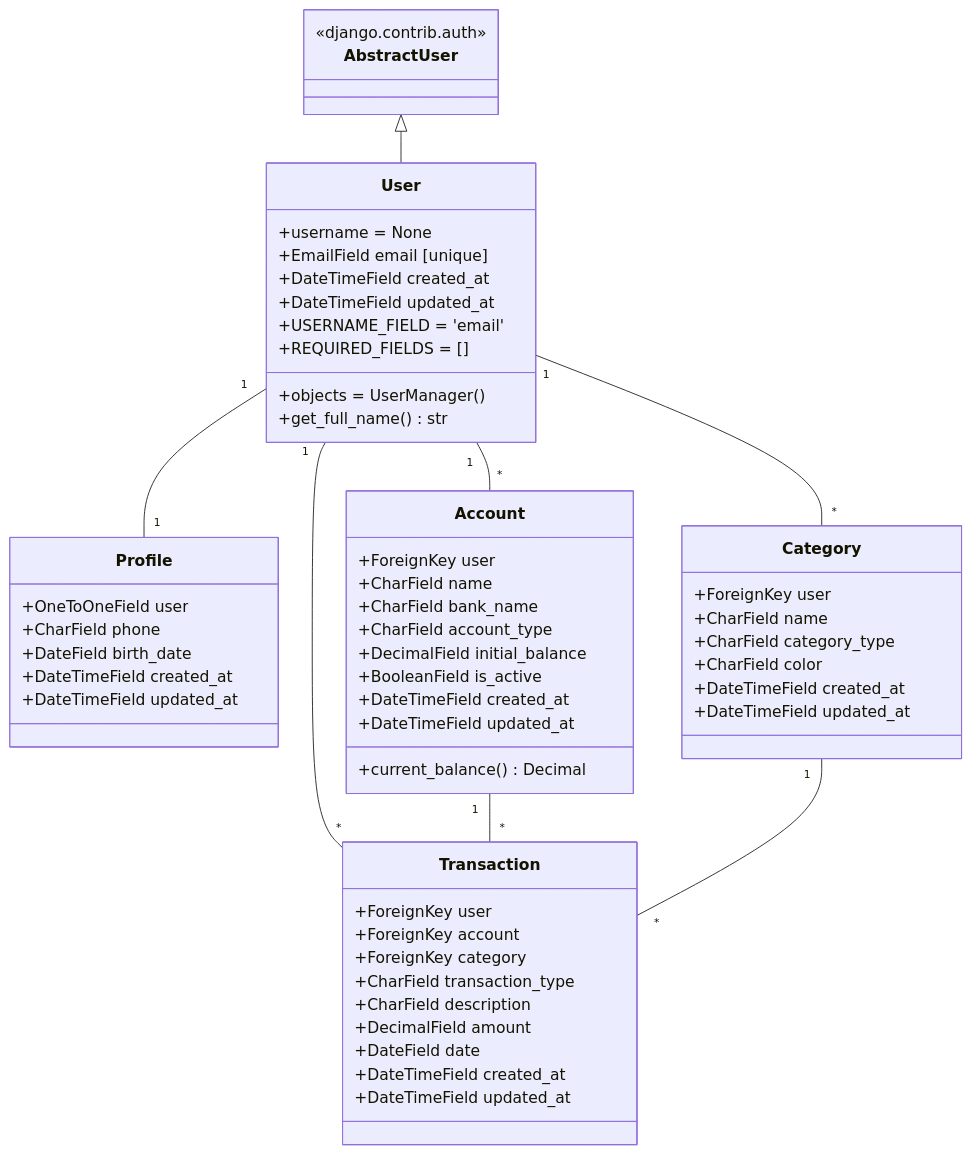
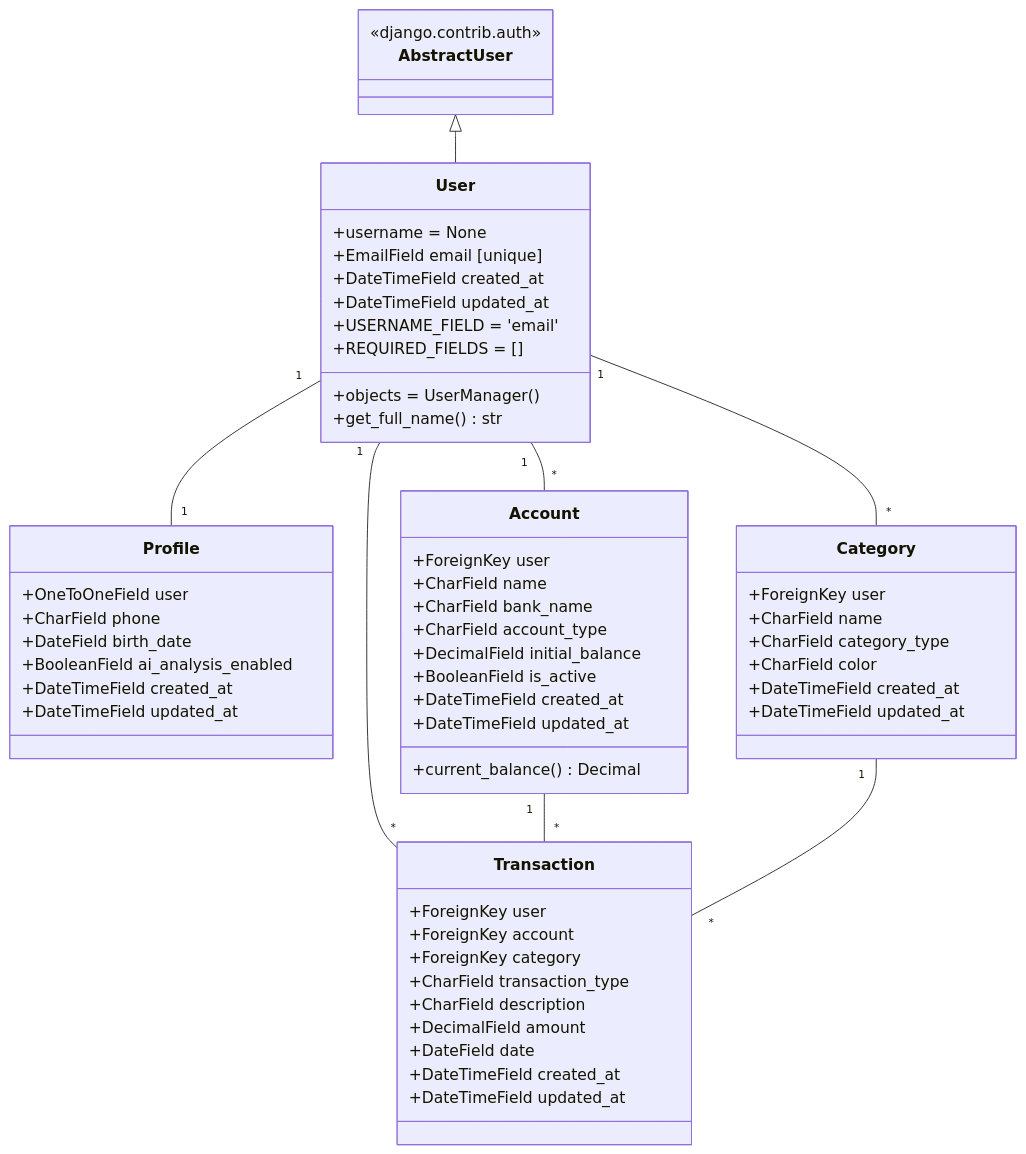
The fourth of 7 diagrams in PRD.md (rubenmelo-dotcom/finanpy), drawn with Mermaid before and after one commit. The commit also changed other lines of this file and 23 other files, not shown here.

````diff
--- a/PRD.md
+++ b/PRD.md
@@ -519,60 +533,61 @@
 ```mermaid
 classDiagram
     class AbstractUser {
         <<django.contrib.auth>>
     }
     class User {
         +username = None
         +EmailField email [unique]
         +DateTimeField created_at
         +DateTimeField updated_at
         +USERNAME_FIELD = 'email'
         +REQUIRED_FIELDS = []
         +objects = UserManager()
         +get_full_name() str
     }
     class Profile {
         +OneToOneField user
         +CharField phone
         +DateField birth_date
+        +BooleanField ai_analysis_enabled
         +DateTimeField created_at
         +DateTimeField updated_at
     }
     class Account {
         +ForeignKey user
         +CharField name
         +CharField bank_name
         +CharField account_type
         +DecimalField initial_balance
         +BooleanField is_active
         +DateTimeField created_at
         +DateTimeField updated_at
         +current_balance() Decimal
     }
     class Category {
         +ForeignKey user
         +CharField name
         +CharField category_type
         +CharField color
         +DateTimeField created_at
         +DateTimeField updated_at
     }
     class Transaction {
         +ForeignKey user
         +ForeignKey account
         +ForeignKey category
         +CharField transaction_type
         +CharField description
         +DecimalField amount
         +DateField date
         +DateTimeField created_at
         +DateTimeField updated_at
     }
     AbstractUser <|-- User
     User "1" -- "1" Profile
     User "1" -- "*" Account
     User "1" -- "*" Category
     User "1" -- "*" Transaction
     Account "1" -- "*" Transaction
     Category "1" -- "*" Transaction
 ```
````
